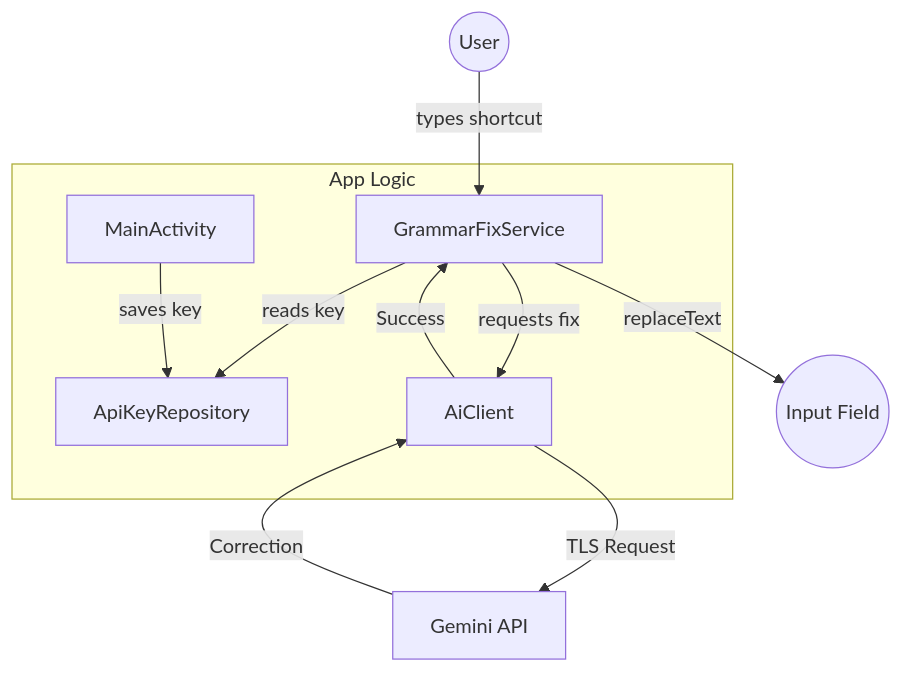
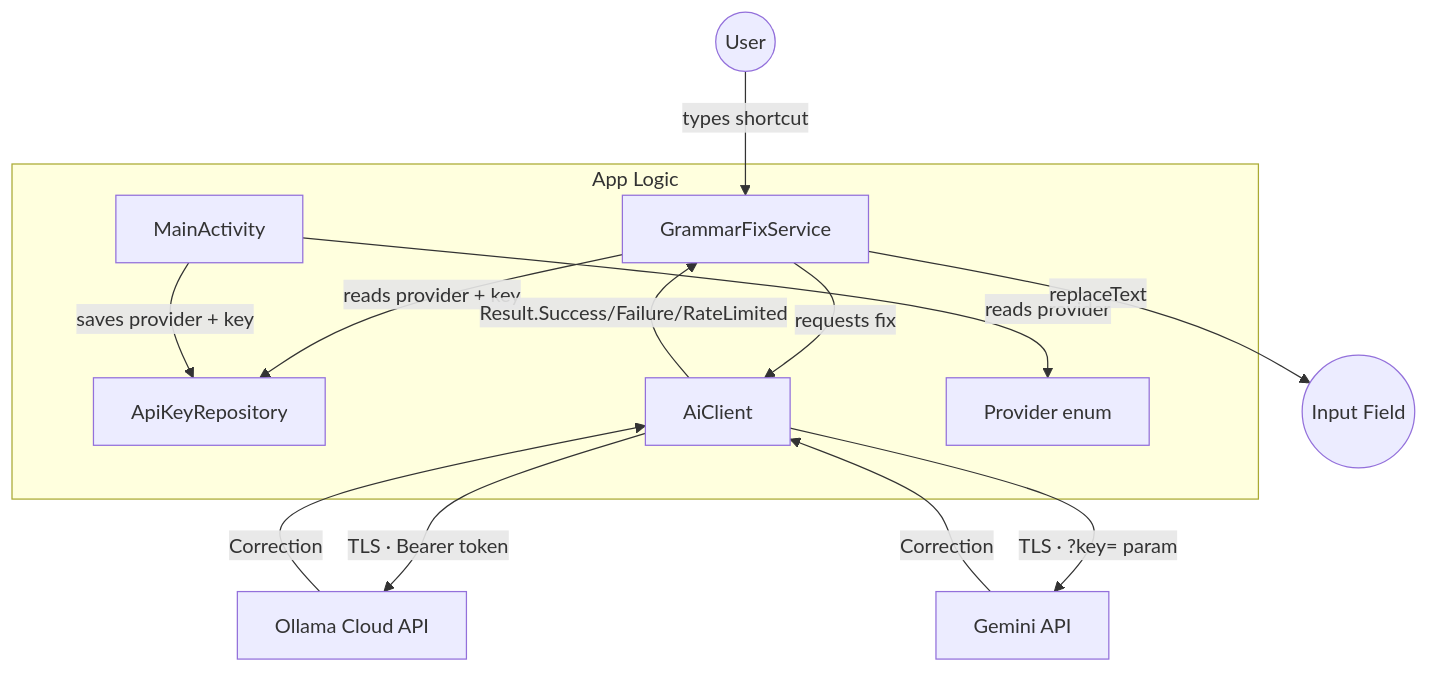
Before and after one commit to Musa-dabwe/Wordwise: the diagram in ARCHITECTURE.md, drawn with Mermaid. The commit also changed other lines of this file and 10 other files, not shown here.

Commit message:
Migrate to Ollama Cloud and implement multi-provider UI

````diff
--- a/ARCHITECTURE.md
+++ b/ARCHITECTURE.md
@@ -24,15 +21,18 @@
 ```mermaid
 graph TD
     User((User)) -- types shortcut --> GFS[GrammarFixService]
 
     subgraph App Logic
-        GFS -- reads key --> AKR[ApiKeyRepository]
+        GFS -- reads provider + key --> AKR[ApiKeyRepository]
         GFS -- requests fix --> AIC[AiClient]
-        MA[MainActivity] -- saves key --> AKR
+        MA[MainActivity] -- saves provider + key --> AKR
+        MA -- reads provider --> PRV[Provider enum]
     end
 
-    AIC -- TLS Request --> Gemini[Gemini API]
+    AIC -- TLS · Bearer token --> Ollama[Ollama Cloud API]
+    AIC -- TLS · ?key= param --> Gemini[Gemini API]
+    Ollama -- Correction --> AIC
     Gemini -- Correction --> AIC
-    AIC -- Success --> GFS
+    AIC -- Result.Success/Failure/RateLimited --> GFS
     GFS -- replaceText --> Field((Input Field))
 ```
````
